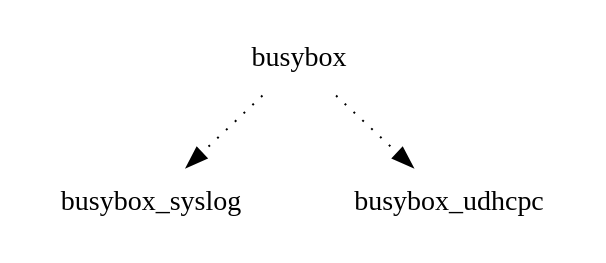
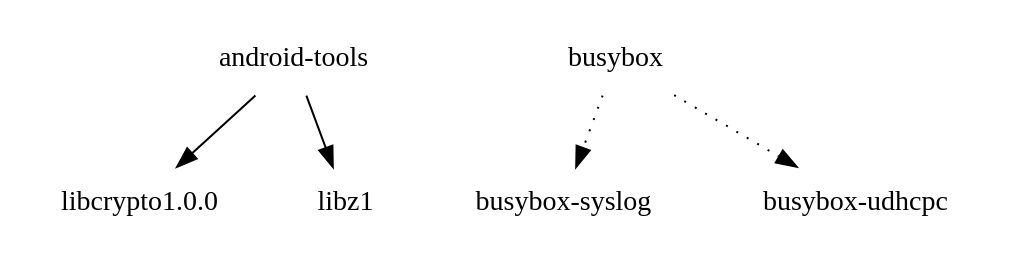
One commit to shr-distribution/buildhistory-old changed the diagram in images/maguro/eglibc/chroot-image/depends-nokernel-nolibc-noupdate-nomodules.dot. Above: the diagram before and after it, drawn with Graphviz. The commit also changed 10 other files, not shown here.

```diff
--- a/images/maguro/eglibc/chroot-image/depends-nokernel-nolibc-noupdate-nomodules.dot
+++ b/images/maguro/eglibc/chroot-image/depends-nokernel-nolibc-noupdate-nomodules.dot
@@ -1,5 +1,7 @@
 digraph depends {
     node [shape=plaintext]
-busybox -> busybox_syslog [style=dotted];
-busybox -> busybox_udhcpc [style=dotted];
+"android-tools" -> "libcrypto1.0.0";
+"android-tools" -> "libz1";
+"busybox" -> "busybox-syslog" [style=dotted];
+"busybox" -> "busybox-udhcpc" [style=dotted];
 }
```
